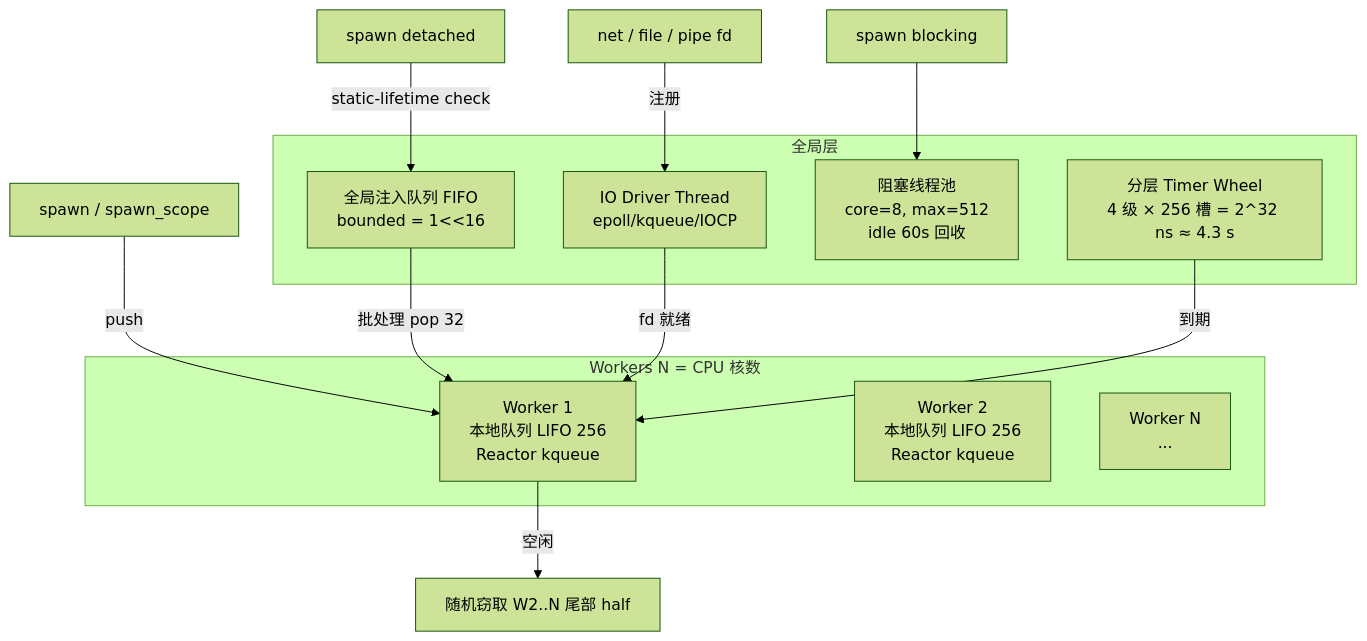
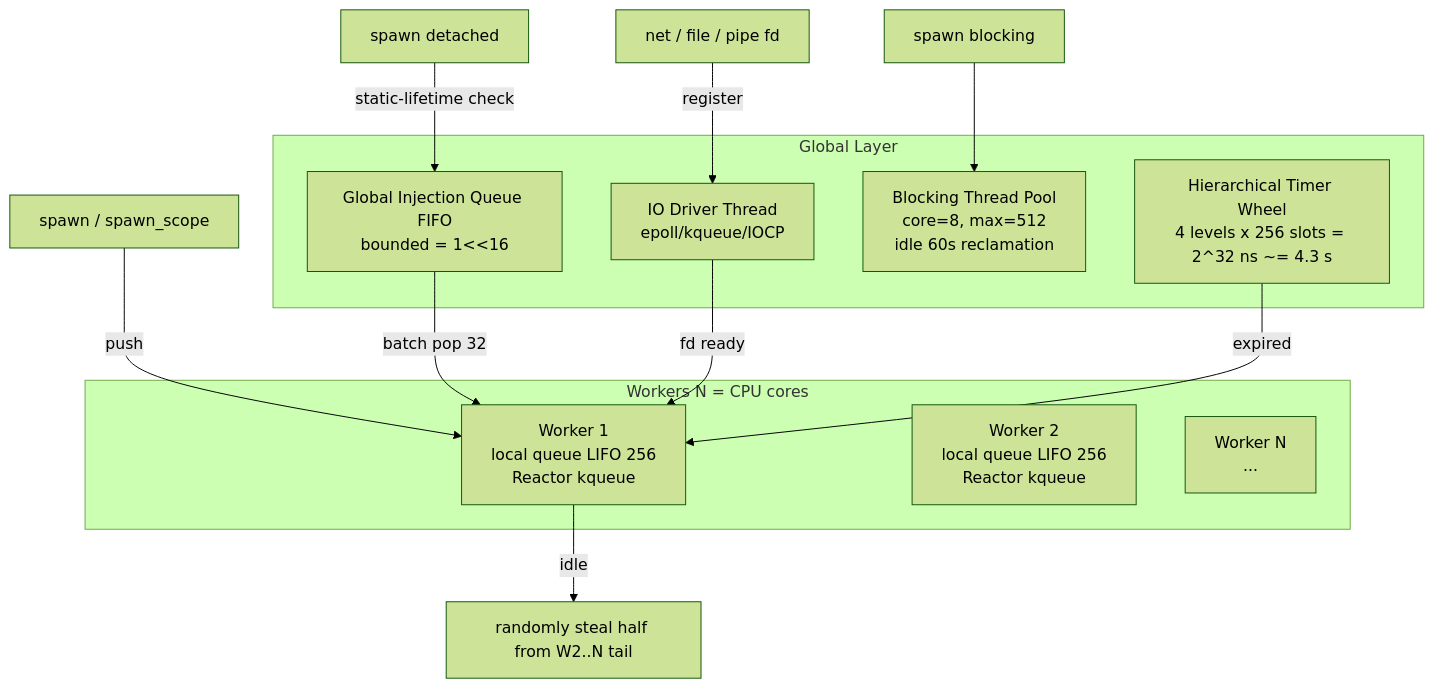
The diagram in docs/design/design-dimension-03-runtime-ffi-examples.md (Zzzode/ZOM), drawn with Mermaid (forest theme) before and after one commit. The commit also changed other lines of this file and 5 other files, not shown here.

````diff
--- a/docs/design/design-dimension-03-runtime-ffi-examples.md
+++ b/docs/design/design-dimension-03-runtime-ffi-examples.md
@@ -16,24 +11,24 @@
 ```mermaid
 flowchart TB
-    subgraph GLOBAL [全局层]
-        INJ[全局注入队列 FIFO<br/>bounded = 1<<16]
+    subgraph GLOBAL [Global Layer]
+        INJ[Global Injection Queue FIFO<br/>bounded = 1<<16]
         DRIVER[IO Driver Thread<br/>epoll/kqueue/IOCP]
-        BLOCKPOOL[阻塞线程池<br/>core=8, max=512<br/>idle 60s 回收]
-        TIMER[分层 Timer Wheel<br/>4 级 × 256 槽 = 2^32 ns ≈ 4.3 s]
+        BLOCKPOOL[Blocking Thread Pool<br/>core=8, max=512<br/>idle 60s reclamation]
+        TIMER[Hierarchical Timer Wheel<br/>4 levels x 256 slots = 2^32 ns ~= 4.3 s]
     end
-    subgraph WORKERS [Workers N = CPU 核数]
-        W1[Worker 1<br/>本地队列 LIFO 256<br/>Reactor kqueue]
-        W2[Worker 2<br/>本地队列 LIFO 256<br/>Reactor kqueue]
+    subgraph WORKERS [Workers N = CPU cores]
+        W1[Worker 1<br/>local queue LIFO 256<br/>Reactor kqueue]
+        W2[Worker 2<br/>local queue LIFO 256<br/>Reactor kqueue]
         WN[Worker N<br/>...]
     end
 
     SPAWN[spawn / spawn_scope] -->|push| W1
     DETACHED[spawn detached] -->|static-lifetime check| INJ
     BLOCKING[spawn blocking] --> BLOCKPOOL
-    IOAPI[net / file / pipe fd] -->|注册| DRIVER
+    IOAPI[net / file / pipe fd] -->|register| DRIVER
 
-    W1 -->|空闲| STEAL1[随机窃取 W2..N 尾部 half]
-    INJ -->|批处理 pop 32| W1
-    DRIVER -->|fd 就绪| W1
-    TIMER -->|到期| W1
+    W1 -->|idle| STEAL1[randomly steal half from W2..N tail]
+    INJ -->|batch pop 32| W1
+    DRIVER -->|fd ready| W1
+    TIMER -->|expired| W1
 ```
````
